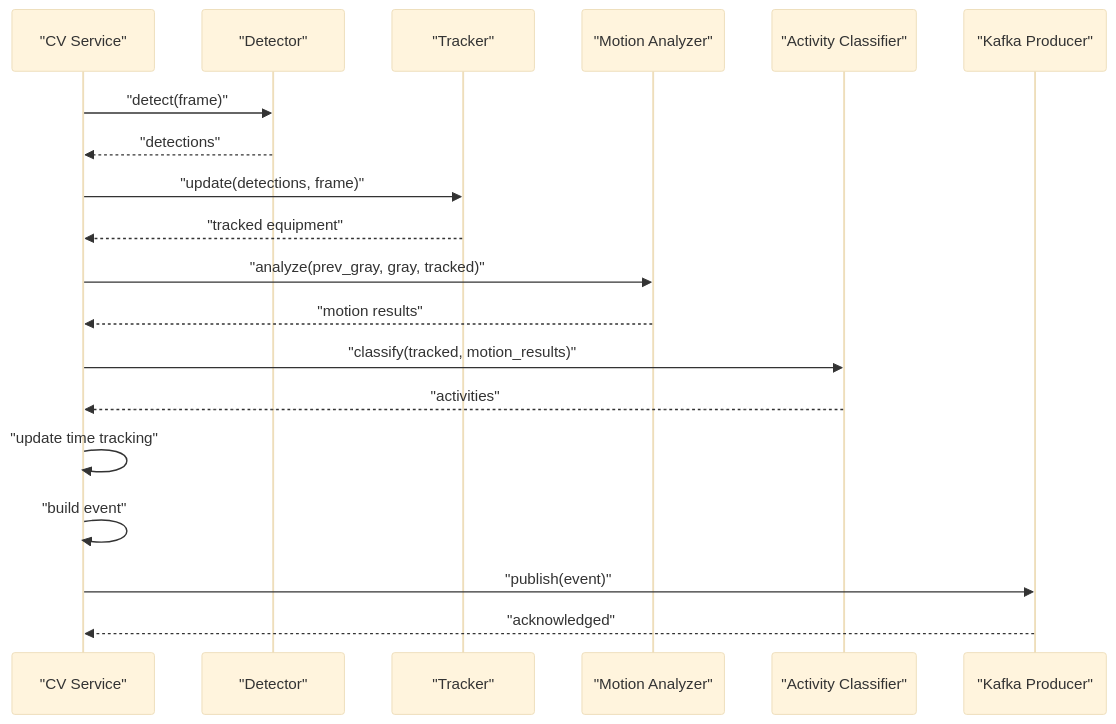
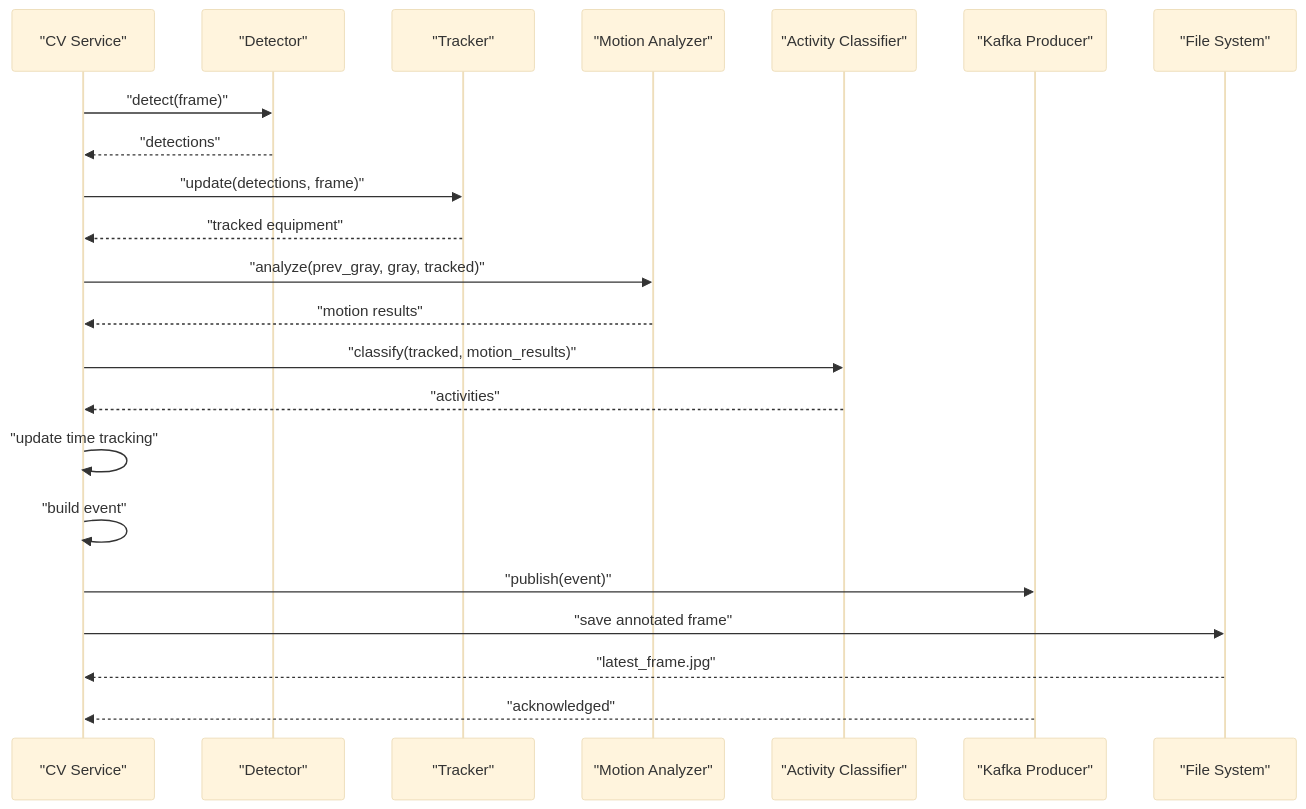
One commit to Azzoz-189/construction-equipment-monitoring changed the third of 8 diagrams in .qoder/repowiki/en/content/Project Overview/System Architecture Overview.md. Above: the diagram before and after it, drawn with Mermaid (base theme). The commit also changed other lines of this file and 5 other files, not shown here.

````diff
--- a/.qoder/repowiki/en/content/Project Overview/System Architecture Overview.md
+++ b/.qoder/repowiki/en/content/Project Overview/System Architecture Overview.md
@@ -163,21 +254,24 @@
 ```mermaid
 sequenceDiagram
 participant VS as "CV Service"
 participant DET as "Detector"
 participant TRK as "Tracker"
 participant MOT as "Motion Analyzer"
 participant ACT as "Activity Classifier"
 participant KPR as "Kafka Producer"
+participant FS as "File System"
 VS->>DET : "detect(frame)"
 DET-->>VS : "detections"
 VS->>TRK : "update(detections, frame)"
 TRK-->>VS : "tracked equipment"
 VS->>MOT : "analyze(prev_gray, gray, tracked)"
 MOT-->>VS : "motion results"
 VS->>ACT : "classify(tracked, motion_results)"
 ACT-->>VS : "activities"
 VS->>VS : "update time tracking"
 VS->>VS : "build event"
 VS->>KPR : "publish(event)"
+VS->>FS : "save annotated frame"
+FS-->>VS : "latest_frame.jpg"
 KPR-->>VS : "acknowledged"
 ```
````
